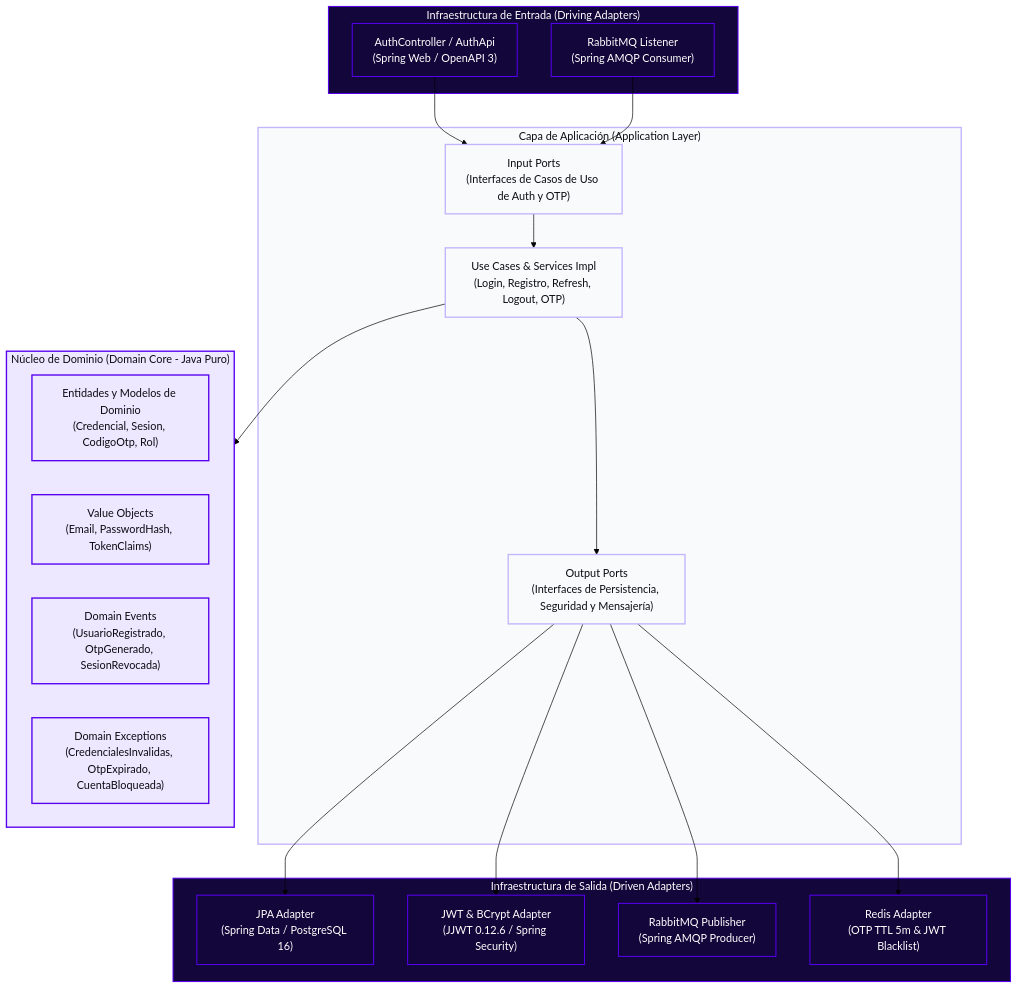
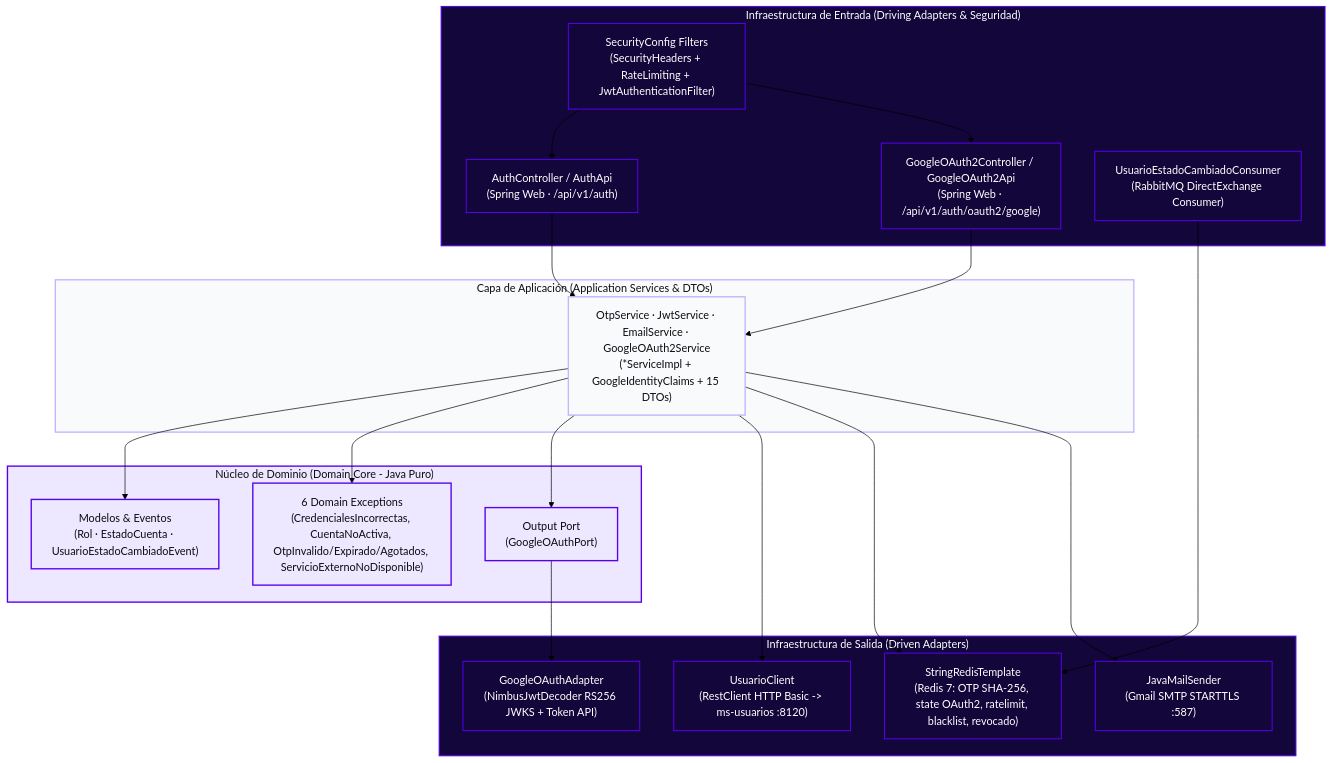
One commit to StyleRadar1/CADCHE-Authentication-Service changed the first of 2 diagrams in README.md. Above: the diagram before and after it, drawn with Mermaid (forest theme). The commit also changed other lines of this file and 7 other files, not shown here.

Commit message:
docs(uml): update StyleRadar UML diagrams, DocumentoTecnico and README for Google OAuth2 and hexagonal core

````diff
--- a/README.md
+++ b/README.md
@@ -132,45 +141,47 @@
 ```mermaid
 flowchart TD
-    subgraph INFRA_IN["Infraestructura de Entrada (Driving Adapters)"]
-        REST["AuthController / AuthApi<br>(Spring Web / OpenAPI 3)"]
-        AMQP_IN["RabbitMQ Listener<br>(Spring AMQP Consumer)"]
+    subgraph INFRA_IN["Infraestructura de Entrada (Driving Adapters & Seguridad)"]
+        FILTERS["SecurityConfig Filters<br>(SecurityHeaders + RateLimiting + JwtAuthenticationFilter)"]
+        REST_AUTH["AuthController / AuthApi<br>(Spring Web · /api/v1/auth)"]
+        REST_GOOGLE["GoogleOAuth2Controller / GoogleOAuth2Api<br>(Spring Web · /api/v1/auth/oauth2/google)"]
+        AMQP_IN["UsuarioEstadoCambiadoConsumer<br>(RabbitMQ DirectExchange Consumer)"]
     end
 
-    subgraph APP["Capa de Aplicación (Application Layer)"]
-        IN_PORT["Input Ports<br>(Interfaces de Casos de Uso de Auth y OTP)"]
-        USE_CASES["Use Cases & Services Impl<br>(Login, Registro, Refresh, Logout, OTP)"]
-        OUT_PORT["Output Ports<br>(Interfaces de Persistencia, Seguridad y Mensajería)"]
+    subgraph APP["Capa de Aplicación (Application Services & DTOs)"]
+        SERVICES["OtpService · JwtService · EmailService · GoogleOAuth2Service<br>(*ServiceImpl + GoogleIdentityClaims + 15 DTOs)"]
     end
 
     subgraph DOMAIN["Núcleo de Dominio (Domain Core - Java Puro)"]
-        ENTITIES["Entidades y Modelos de Dominio<br>(Credencial, Sesion, CodigoOtp, Rol)"]
-        VO["Value Objects<br>(Email, PasswordHash, TokenClaims)"]
-        EVENTS["Domain Events<br>(UsuarioRegistrado, OtpGenerado, SesionRevocada)"]
-        EXCEPTIONS["Domain Exceptions<br>(CredencialesInvalidas, OtpExpirado, CuentaBloqueada)"]
+        MODELS["Modelos & Eventos<br>(Rol · EstadoCuenta · UsuarioEstadoCambiadoEvent)"]
+        EXCEPTIONS["6 Domain Exceptions<br>(CredencialesIncorrectas, CuentaNoActiva, OtpInvalido/Expirado/Agotados, ServicioExternoNoDisponible)"]
+        OUT_PORT["Output Port<br>(GoogleOAuthPort)"]
     end
 
     subgraph INFRA_OUT["Infraestructura de Salida (Driven Adapters)"]
-        JPA_REPO["JPA Adapter<br>(Spring Data / PostgreSQL 16)"]
-        JWT_ADAPTER["JWT & BCrypt Adapter<br>(JJWT 0.12.6 / Spring Security)"]
-        RABBIT_PUB["RabbitMQ Publisher<br>(Spring AMQP Producer)"]
-        REDIS_ADAPTER["Redis Adapter<br>(OTP TTL 5m & JWT Blacklist)"]
+        USUARIOS_CLI["UsuarioClient<br>(RestClient HTTP Basic -> ms-usuarios :8120)"]
+        GOOGLE_ADAPTER["GoogleOAuthAdapter<br>(NimbusJwtDecoder RS256 JWKS + Token API)"]
+        REDIS_ADAPTER["StringRedisTemplate<br>(Redis 7: OTP SHA-256, state OAuth2, ratelimit, blacklist, revocado)"]
+        MAIL_ADAPTER["JavaMailSender<br>(Gmail SMTP STARTTLS :587)"]
     end
 
-    REST --> IN_PORT
-    AMQP_IN --> IN_PORT
-    IN_PORT --> USE_CASES
-    USE_CASES --> DOMAIN
-    USE_CASES --> OUT_PORT
-    OUT_PORT --> JPA_REPO
-    OUT_PORT --> JWT_ADAPTER
-    OUT_PORT --> RABBIT_PUB
-    OUT_PORT --> REDIS_ADAPTER
+    FILTERS --> REST_AUTH
+    FILTERS --> REST_GOOGLE
+    REST_AUTH --> SERVICES
+    REST_GOOGLE --> SERVICES
+    AMQP_IN --> REDIS_ADAPTER
+    SERVICES --> MODELS
+    SERVICES --> EXCEPTIONS
+    SERVICES --> OUT_PORT
+    SERVICES --> USUARIOS_CLI
+    SERVICES --> REDIS_ADAPTER
+    SERVICES --> MAIL_ADAPTER
+    OUT_PORT --> GOOGLE_ADAPTER
 
     classDef domain fill:#EDE7FF,stroke:#5600EF,stroke-width:2px,color:#0C0C12;
     classDef app fill:#F8FAFC,stroke:#C4B5FD,stroke-width:2px,color:#0C0C12;
     classDef infra fill:#12063A,stroke:#5600EF,stroke-width:1.5px,color:#FFFFFF;
 
-    class DOMAIN,ENTITIES,VO,EVENTS,EXCEPTIONS domain;
-    class APP,IN_PORT,USE_CASES,OUT_PORT app;
-    class INFRA_IN,INFRA_OUT,REST,AMQP_IN,JPA_REPO,JWT_ADAPTER,RABBIT_PUB,REDIS_ADAPTER infra;
+    class DOMAIN,MODELS,EXCEPTIONS,OUT_PORT domain;
+    class APP,SERVICES app;
+    class INFRA_IN,INFRA_OUT,FILTERS,REST_AUTH,REST_GOOGLE,AMQP_IN,USUARIOS_CLI,GOOGLE_ADAPTER,REDIS_ADAPTER,MAIL_ADAPTER infra;
 ```
````
